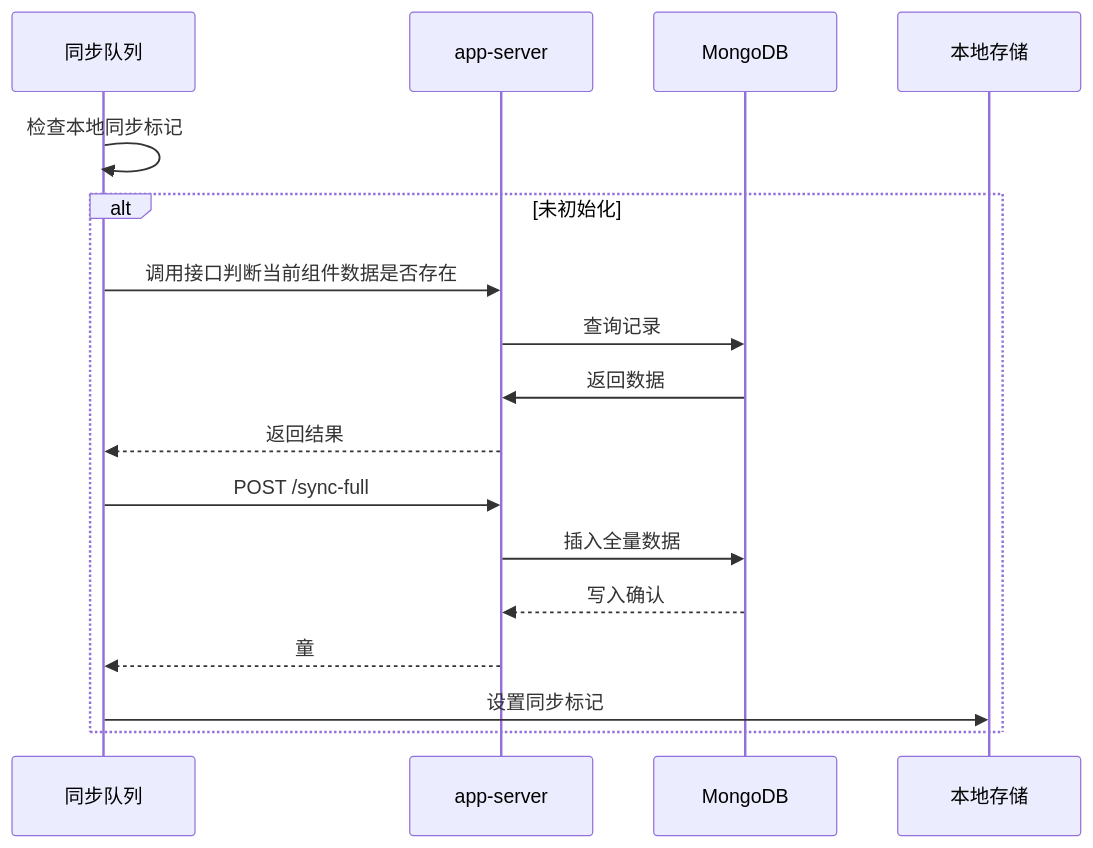
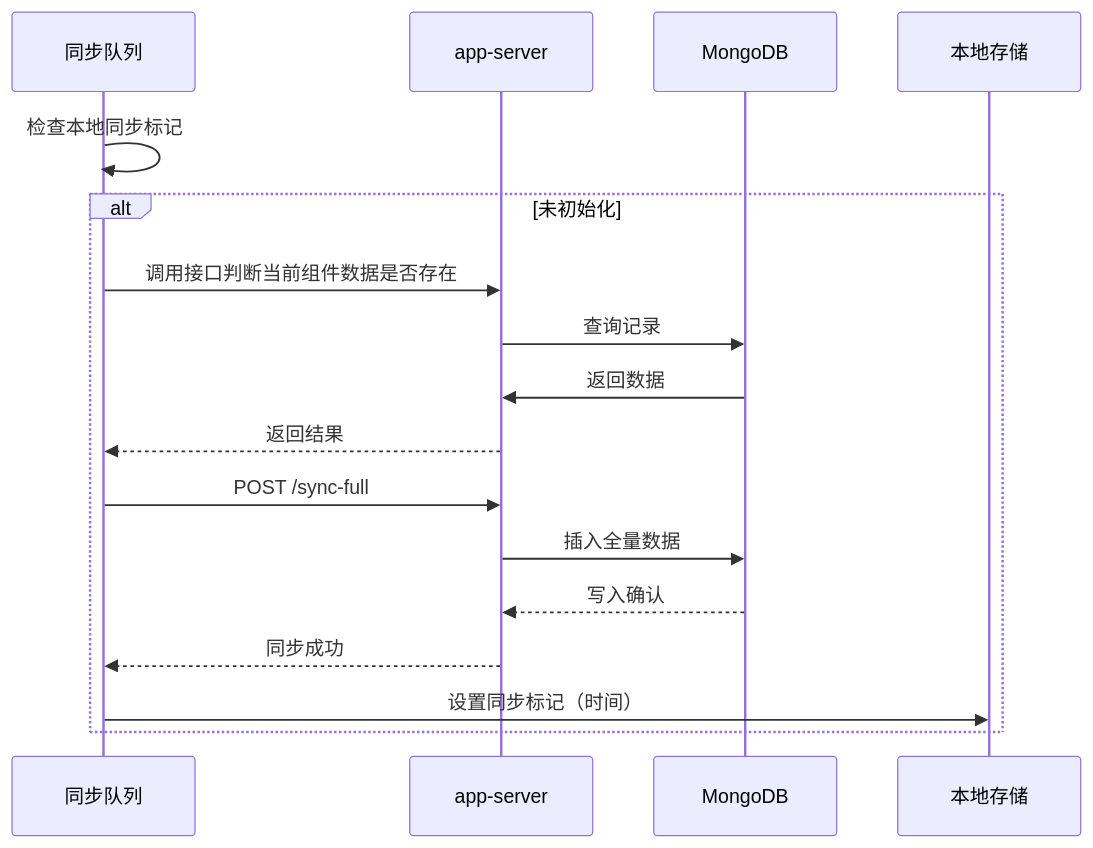
The diagram in all/未命名-24.md (yingjianzh/iodraw-files), drawn with Mermaid before and after one commit.

Commit message:
2025-02-21 18:29:11 update

````diff
--- a/all/未命名-24.md
+++ b/all/未命名-24.md
@@ -1,19 +1,19 @@
 ```mermaid
 sequenceDiagram
     participant 同步队列
     participant app-server
     participant MongoDB
 
     同步队列->>同步队列: 检查本地同步标记
     alt 未初始化
         同步队列->>app-server: 调用接口判断当前组件数据是否存在
         app-server->>MongoDB: 查询记录
         MongoDB->>app-server: 返回数据
         app-server-->>同步队列: 返回结果
         同步队列->>app-server: POST /sync-full
         app-server->>MongoDB: 插入全量数据
         MongoDB-->>app-server: 写入确认
-        app-server-->>同步队列: 童
-        同步队列->>本地存储: 设置同步标记
+        app-server-->>同步队列: 同步成功
+        同步队列->>本地存储: 设置同步标记（时间）
     end
 ```
````
